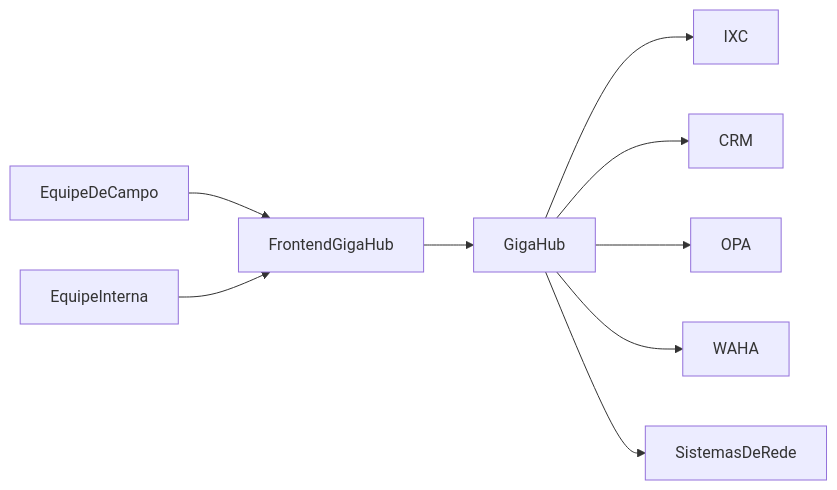
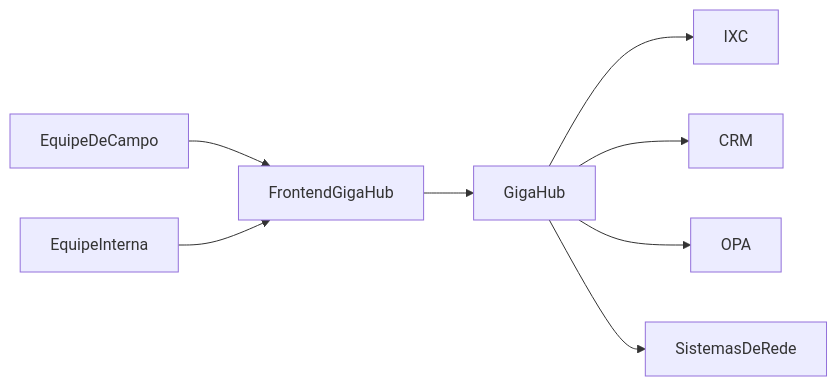
One commit to typedbywill/gigahub changed the first of 3 diagrams in docs/02-arquitetura.md. Above: the diagram before and after it, drawn with Mermaid. The commit also changed other lines of this file and 62 other files, not shown here.

````diff
--- a/docs/02-arquitetura.md
+++ b/docs/02-arquitetura.md
@@ -15,11 +15,10 @@
 ```mermaid
 flowchart LR
   FieldUser[EquipeDeCampo] --> Web[FrontendGigaHub]
   InternalUser[EquipeInterna] --> Web
   Web --> Hub[GigaHub]
   Hub --> IXC[IXC]
   Hub --> CRM[CRM]
   Hub --> OPA[OPA]
-  Hub --> WAHA[WAHA]
   Hub --> NetworkSystems[SistemasDeRede]
 ```
````
